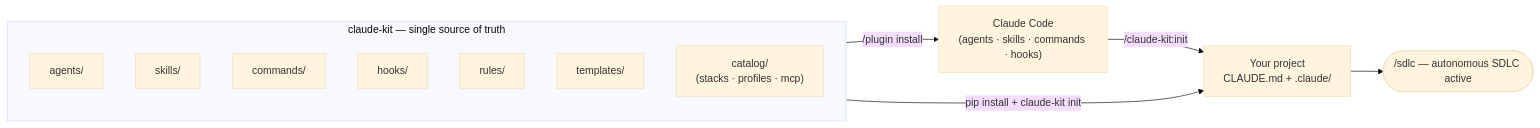
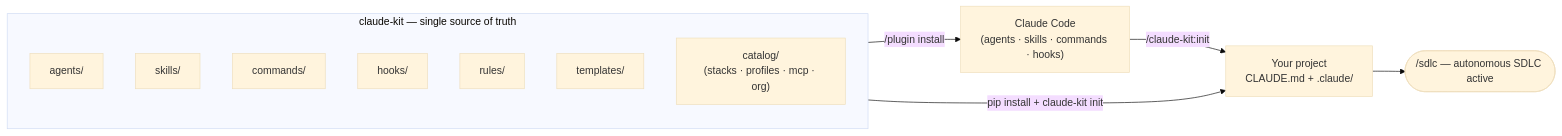
One commit to ajyadav013/claude-kit changed the first of 2 diagrams in README.md. Above: the diagram before and after it, drawn with Mermaid (base theme). The commit also changed other lines of this file, not shown here.

````diff
--- a/README.md
+++ b/README.md
@@ -134,17 +138,17 @@
 ```mermaid
 flowchart LR
     subgraph SRC["claude-kit — single source of truth"]
         direction TB
         A["agents/"]
         S["skills/"]
         C["commands/"]
         H["hooks/"]
         R["rules/"]
         T["templates/"]
-        K["catalog/<br/>(stacks · profiles · mcp)"]
+        K["catalog/<br/>(stacks · profiles · mcp · org)"]
     end
     SRC -->|"pip install + claude-kit init"| PROJ["Your project<br/>CLAUDE.md + .claude/"]
     SRC -->|"/plugin install"| CC["Claude Code<br/>(agents · skills · commands · hooks)"]
     CC -->|"/claude-kit:init"| PROJ
     PROJ --> RUN(["/sdlc — autonomous SDLC active"])
 ```
````
